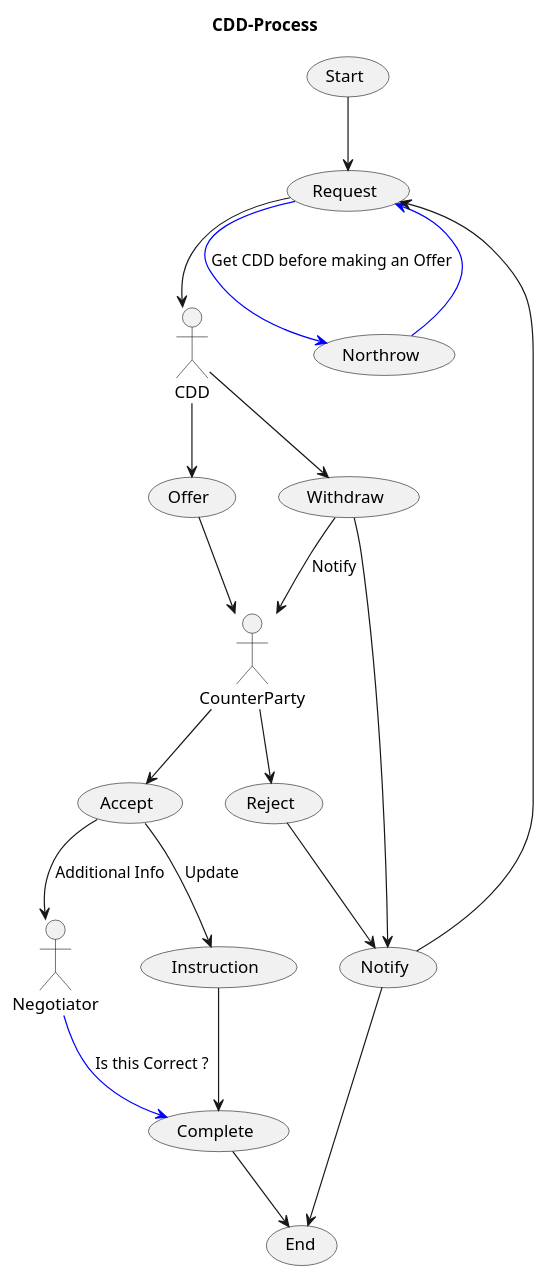
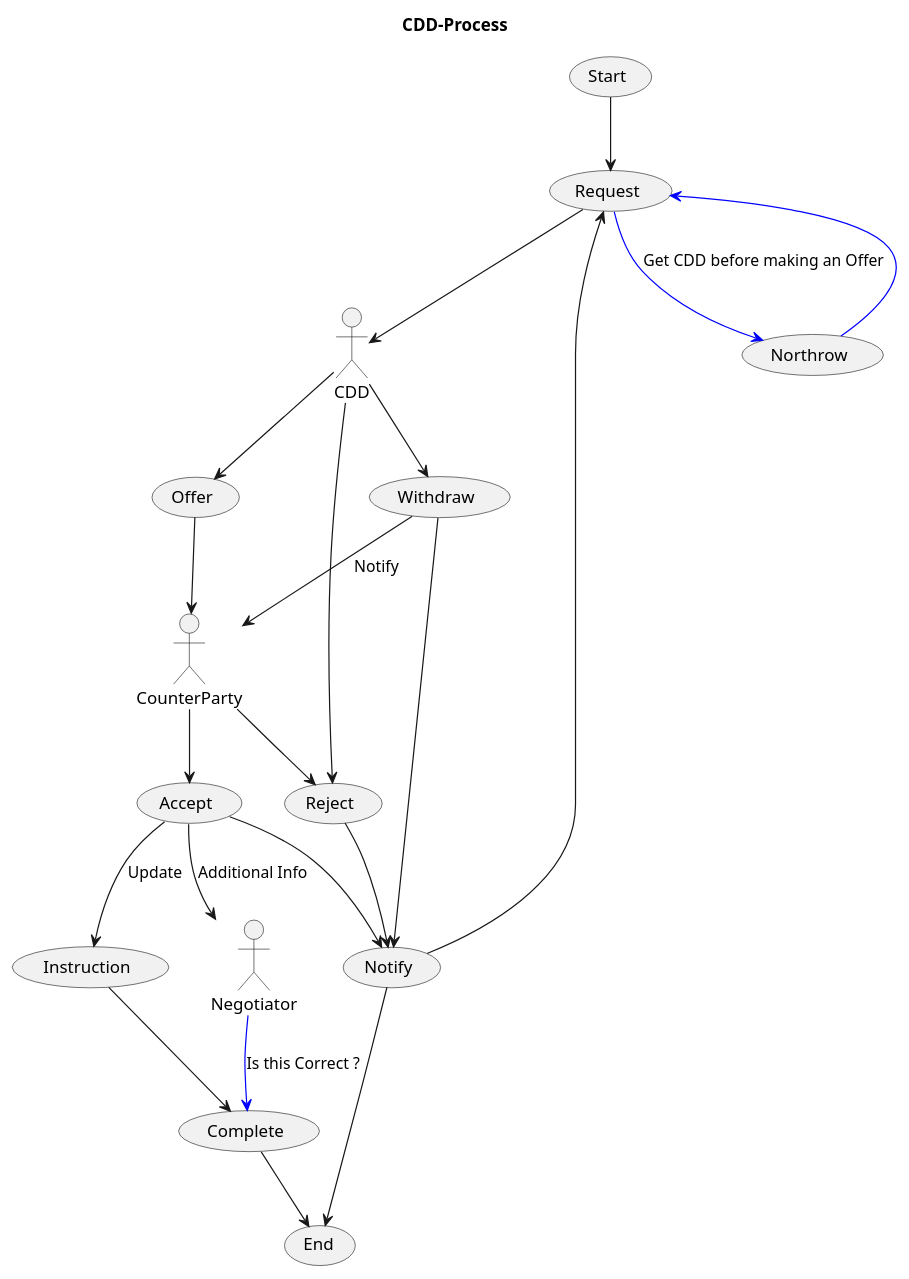
One commit to Kf-GaryNewport/Kf-GaryNewport.github.io changed the diagram in assets/CDD-Process.puml. Above: the diagram before and after it, drawn with PlantUML.

```diff
--- a/assets/CDD-Process.puml
+++ b/assets/CDD-Process.puml
@@ -1,31 +1,33 @@
 @startuml CDDProcess
 
 title CDD-Process
 
 (Start) --> (Request)
 (Request) --> CDD
 (Request) -[#0000FF]-> (Northrow) : Get CDD before making an Offer
 (Northrow) -[#0000FF]-> (Request)  
   
 CounterParty --> (Accept)
 (Offer) --> CounterParty
 CounterParty --> (Reject)
 
 CDD --> Offer
 CDD --> (Withdraw)
+CDD --> (Reject)
 (Withdraw) --> CounterParty : Notify
 
+(Accept) --> (Notify)
 (Accept) --> Negotiator : Additional Info
 (Accept) --> (Instruction) : Update
 Negotiator -[#0000FF]-> (Complete) : Is this Correct ?
 (Instruction) --> (Complete) 
 
 (Reject) --> (Notify)
 (Withdraw) --> (Notify)
 
 (Notify) --> (Request)
 (Notify) --> (End)
 
 (Complete) --> (End)
 
 @enduml
```
